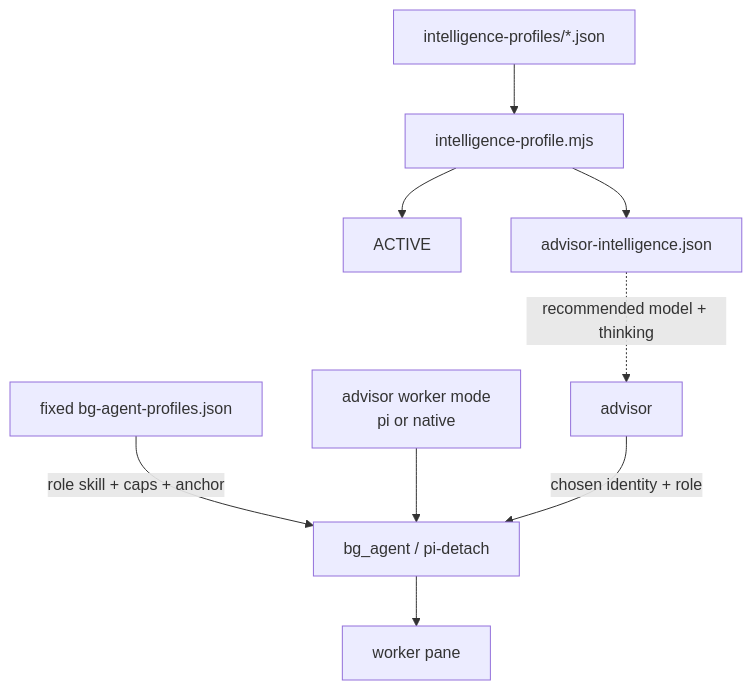
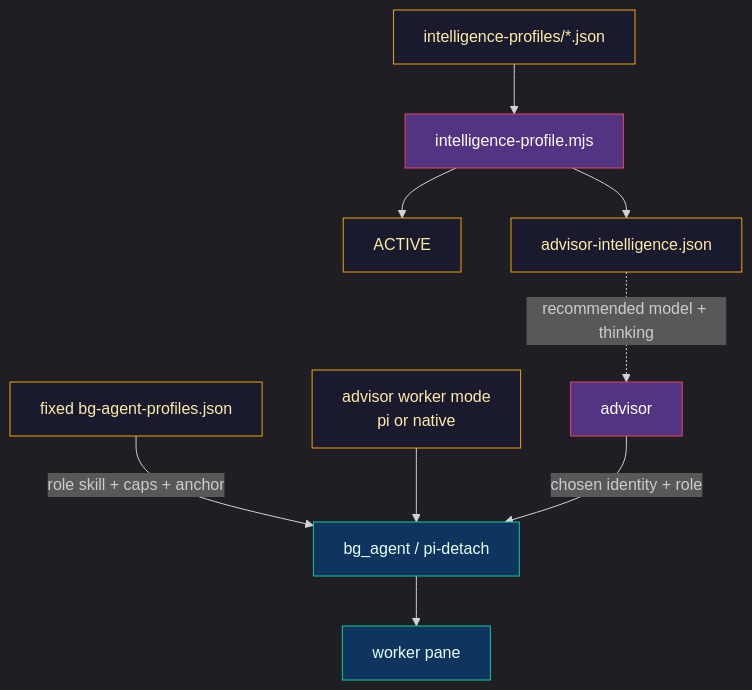
Before and after one commit to nourhelmi/pi-meta-harness: the first of 2 diagrams in docs/intelligence-profiles.md, drawn with Mermaid. The commit also changed other lines of this file and 7 other files, not shown here.

````diff
--- a/docs/intelligence-profiles.md
+++ b/docs/intelligence-profiles.md
@@ -119,11 +119,22 @@
 ```mermaid
+---
+config:
+  theme: dark
+---
 flowchart TB
   Named["intelligence-profiles/*.json"] --> Switcher["intelligence-profile.mjs"]
   Switcher --> Active["ACTIVE"]
   Switcher --> Guide["advisor-intelligence.json"]
   Guide -.->|recommended model + thinking| Advisor[advisor]
   Roles["fixed bg-agent-profiles.json"] -->|role skill + caps + anchor| Transport[bg_agent / pi-detach]
   Mode["advisor worker mode\npi or native"] --> Transport
   Advisor -->|chosen identity + role| Transport
   Transport --> Worker[worker pane]
+
+  classDef cfg fill:#1a1a2e,stroke:#f0a500,color:#ffeaa7
+  classDef adv fill:#533483,stroke:#e94560,color:#fff
+  classDef tr fill:#0f3460,stroke:#16c79a,color:#e8fff7
+  class Named,Active,Guide,Roles,Mode cfg
+  class Switcher,Advisor adv
+  class Transport,Worker tr
 ```
````
